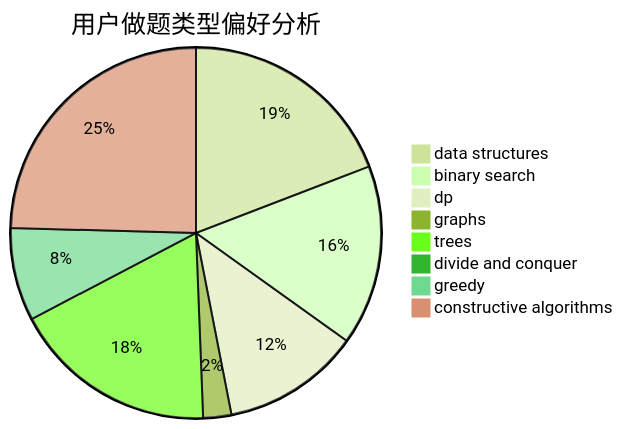
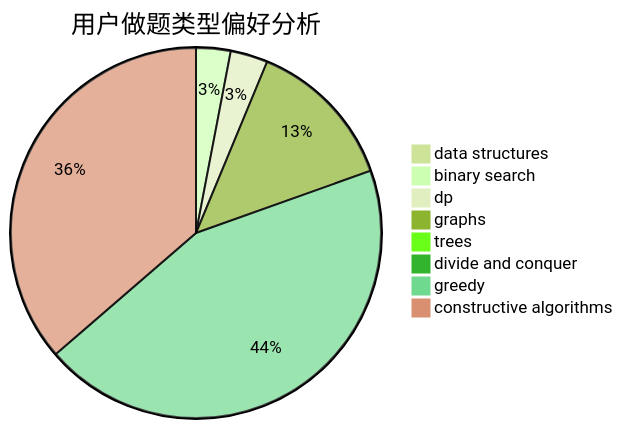
One commit to sherpahu/cfrs.github.io changed the second of 3 diagrams in docs/user/u1486.md. Above: the diagram before and after it, drawn with Mermaid (forest theme). The commit also changed other lines of this file and 2770 other files, not shown here.

````diff
--- a/docs/user/u1486.md
+++ b/docs/user/u1486.md
@@ -23,11 +23,11 @@
 ```mermaid
 pie title 用户做题类型偏好分析
-    "data structures" :  78
-    "binary search" :  64
-    "dp" :  49
-    "graphs" :  10
-    "trees" :  73
-    "divide and conquer" :  0
-    "greedy" :  33
-    "constructive algorithms" :  100
+    "data structures" :  1
+    "binary search" :  12
+    "dp" :  13
+    "graphs" :  53
+    "trees" :  0
+    "divide and conquer" :  1
+    "greedy" :  176
+    "constructive algorithms" :  145
 ```
````
